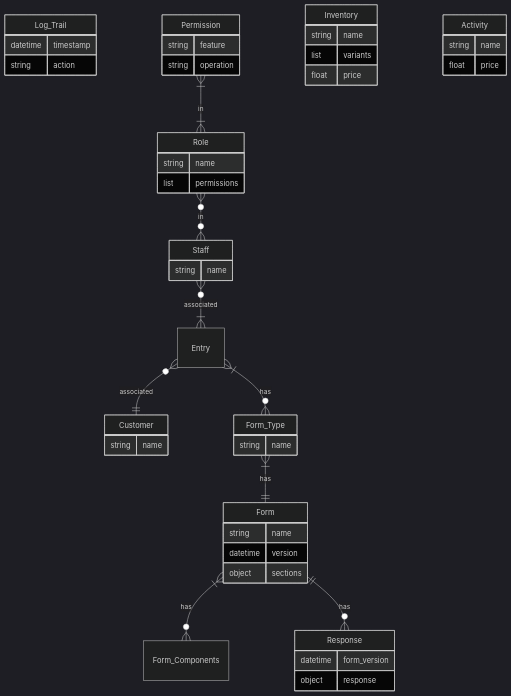
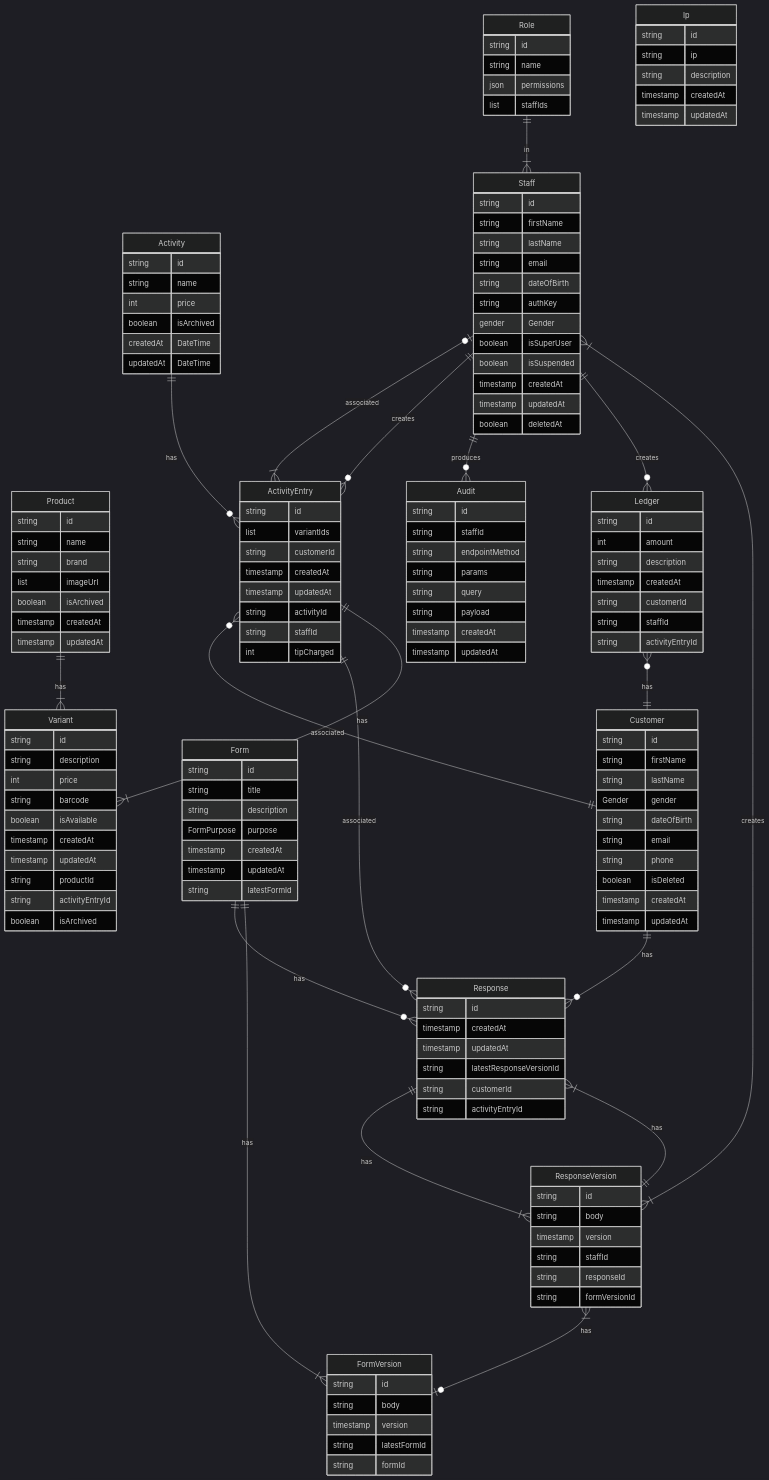
The diagram in docs/design/database.md (KonomiAI/Chronicle), drawn with Mermaid (dark theme) before and after one commit.

Commit message:
doc: update er diagram (#367)

````diff
--- a/docs/design/database.md
+++ b/docs/design/database.md
@@ -3,54 +3,151 @@
 ```mermaid
 erDiagram
-
-    Log_Trail {
-        datetime timestamp
-        string action
-    }
-    Permission {
-        string feature
-        string operation
+    Activity {
+        string id
+        string name
+        int price
+        boolean isArchived
+        createdAt DateTime
+        updatedAt DateTime
     }
     Role {
+        string id
         string name
-        list permissions
+        json permissions
+        list staffIds
     }
     Staff {
+        string id
+        string firstName
+        string lastName
+        string email
+        string dateOfBirth
+        string authKey
+        gender Gender
+        boolean isSuperUser
+        boolean isSuspended
+        timestamp createdAt
+        timestamp updatedAt
+        boolean deletedAt
+    }
+    Variant {
+        string id
+        string description
+        int price
+        string barcode
+        boolean isAvailable
+        timestamp createdAt
+        timestamp updatedAt
+        string productId
+        string activityEntryId
+        boolean isArchived
+    }
+    Product {
+        string id
         string name
+        string brand
+        list imageUrl
+        boolean isArchived
+        timestamp createdAt
+        timestamp updatedAt
     }
-    Entry {}
-    Customer {
-        string name
-    }
-    Form_Type{
-        string name
+    Ip {
+        string id
+        string ip
+        string description
+        timestamp createdAt
+        timestamp updatedAt
     }
     Form {
-        string name
-        datetime version
-        object sections
+        string id
+        string title
+        string description
+        FormPurpose purpose
+        timestamp createdAt
+        timestamp updatedAt
+        string latestFormId
+    }
+    FormVersion {
+        string id
+        string body
+        timestamp version
+        string latestFormId
+        string formId
     }
     Response {
-        datetime form_version
-        object response
+        string id
+        timestamp createdAt
+        timestamp updatedAt
+        string latestResponseVersionId
+        string customerId
+        string activityEntryId
     }
-    Form_Components {}
-    Inventory {
-        string name
-        list variants
-        float price
+    ResponseVersion {
+        string id
+        string body
+        timestamp version
+        string staffId
+        string responseId
+        string formVersionId
     }
-    Activity {
-        string name
-        float price
+    Customer {
+        string id
+        string firstName
+        string lastName
+        Gender gender
+        string dateOfBirth
+        string email
+        string phone
+        boolean isDeleted
+        timestamp createdAt
+        timestamp updatedAt
+    }
+    ActivityEntry {
+        string id
+        list variantIds
+        string customerId
+        timestamp createdAt
+        timestamp updatedAt
+        string activityId
+        string staffId
+        int tipCharged
+    }
+    Ledger {
+        string id
+        int amount
+        string description
+        timestamp createdAt
+        string customerId
+        string staffId
+        string activityEntryId
+    }
+    Audit {
+        string id
+        string staffId
+        string endpointMethod
+        string params
+        string query
+        string payload
+        timestamp createdAt
+        timestamp updatedAt
     }
 
-    Permission }|--|{ Role: in
-    Role }o--o{ Staff: in
-    Staff }o--|{ Entry: associated
-    Entry }o--|| Customer: associated
-    Entry }|--o{ Form_Type: has
-    Form_Type }|--|| Form: has
-    Form }|--o{ Form_Components: has
+    Role ||--|{ Staff: in
+    Staff |o--|{ ActivityEntry: associated
+    ActivityEntry }o--|| Customer: associated
     Form ||--o{ Response: has
+    Activity ||--o{ ActivityEntry: has
+    Staff ||--o{ ActivityEntry: creates
+    Staff ||--o{ Audit: produces
+    Staff ||--o{ Ledger: creates
+    Staff }|--|{ ResponseVersion: creates
+    Product ||--|{ Variant: has
+    Form ||--|{ FormVersion: has
+    Response ||--|{ ResponseVersion: has
+    Customer ||--o{ Response: has
+    ResponseVersion }|--|o FormVersion: has
+    ResponseVersion ||--|{ Response: has
+    Ledger }o--|| Customer: has
+    ActivityEntry ||--o{ Response: associated
+    ActivityEntry ||--|{ Variant: has
 ```
````
